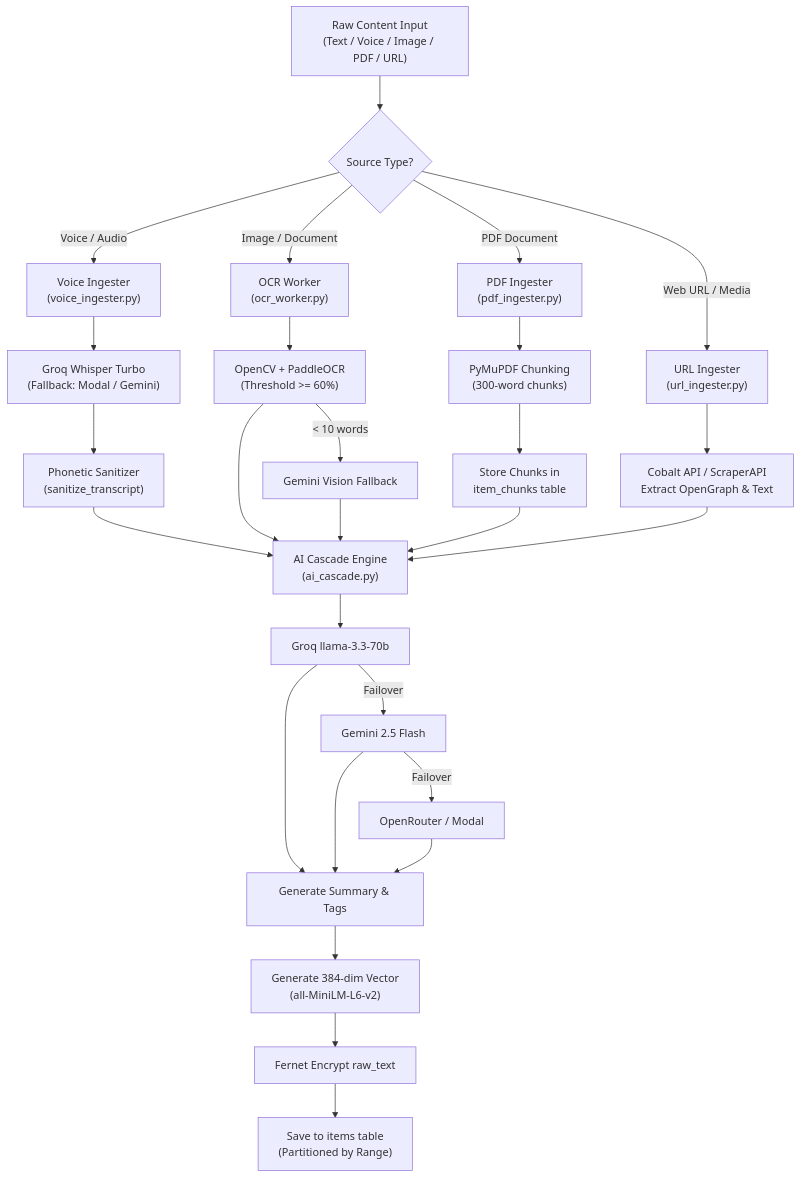
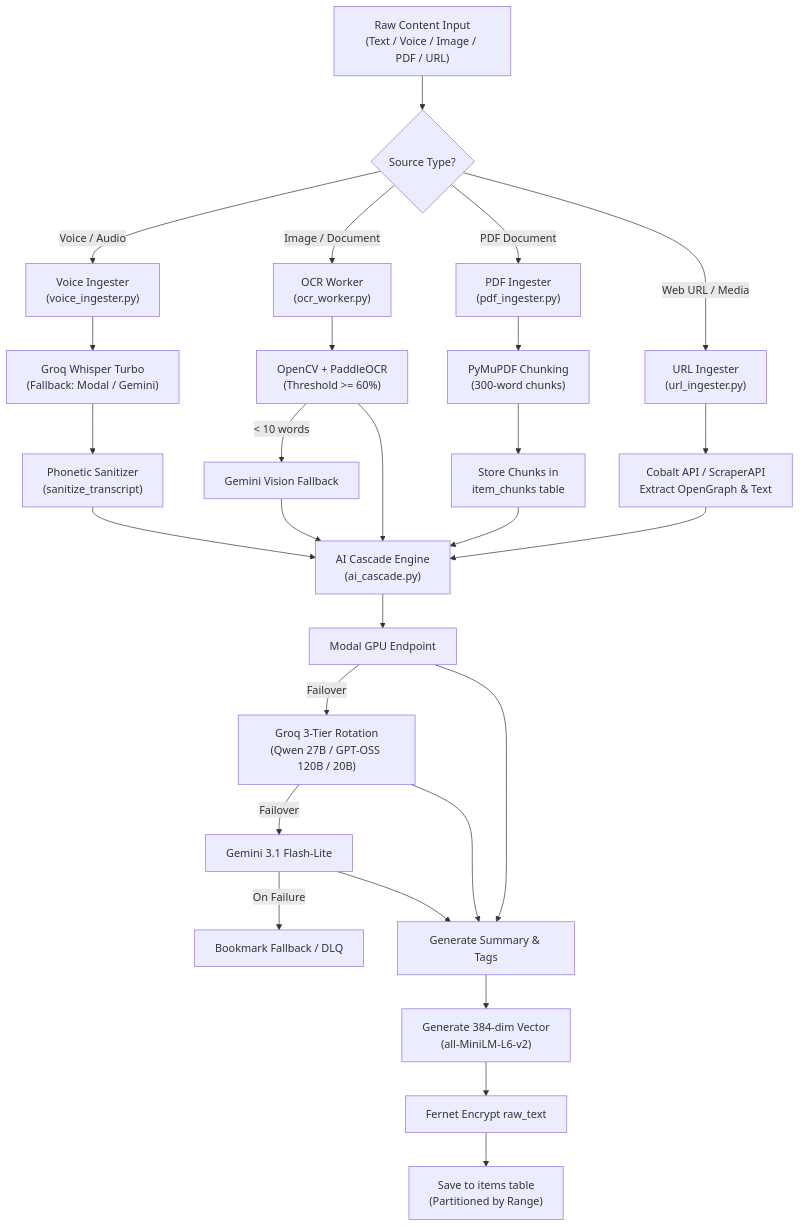
The second of 3 diagrams in docs/DIAGRAMS.md (PriyanshuG27/Atrium), drawn with Mermaid before and after one commit. The commit also changed 2 other files, not shown here.

Commit message:
docs: update AI Cascade and RAG provider tier ordering to match implementation

````diff
--- a/docs/DIAGRAMS.md
+++ b/docs/DIAGRAMS.md
@@ -79,51 +79,53 @@
 ```mermaid
 flowchart TD
     A["Raw Content Input
 (Text / Voice / Image / PDF / URL)"] --> B{"Source Type?"}
     
     B -- "Voice / Audio" --> C1["Voice Ingester
 (voice_ingester.py)"]
     C1 --> C2["Groq Whisper Turbo
 (Fallback: Modal / Gemini)"]
     C2 --> C3["Phonetic Sanitizer
 (sanitize_transcript)"]
     
     B -- "Image / Document" --> D1["OCR Worker
 (ocr_worker.py)"]
     D1 --> D2["OpenCV + PaddleOCR
 (Threshold >= 60%)"]
     D2 -- "< 10 words" --> D3["Gemini Vision Fallback"]
     
     B -- "PDF Document" --> E1["PDF Ingester
 (pdf_ingester.py)"]
     E1 --> E2["PyMuPDF Chunking
 (300-word chunks)"]
     E2 --> E3["Store Chunks in
 item_chunks table"]
 
     B -- "Web URL / Media" --> F1["URL Ingester
 (url_ingester.py)"]
     F1 --> F2["Cobalt API / ScraperAPI
 Extract OpenGraph & Text"]
 
     C3 --> G["AI Cascade Engine
 (ai_cascade.py)"]
     D2 --> G
     D3 --> G
     E3 --> G
     F2 --> G
 
-    G --> H1["Groq llama-3.3-70b"]
-    H1 -- "Failover" --> H2["Gemini 2.5 Flash"]
-    H2 -- "Failover" --> H3["OpenRouter / Modal"]
+    G --> H1["Modal GPU Endpoint"]
+    H1 -- "Failover" --> H2["Groq 3-Tier Rotation
+(Qwen 27B / GPT-OSS 120B / 20B)"]
+    H2 -- "Failover" --> H3["Gemini 3.1 Flash-Lite"]
+    H3 -- "On Failure" --> H4["Bookmark Fallback / DLQ"]
 
     H1 --> I["Generate Summary & Tags"]
     H2 --> I
     H3 --> I
 
     I --> J["Generate 384-dim Vector
 (all-MiniLM-L6-v2)"]
     J --> K["Fernet Encrypt raw_text"]
     K --> L["Save to items table
 (Partitioned by Range)"]
 ```
````
